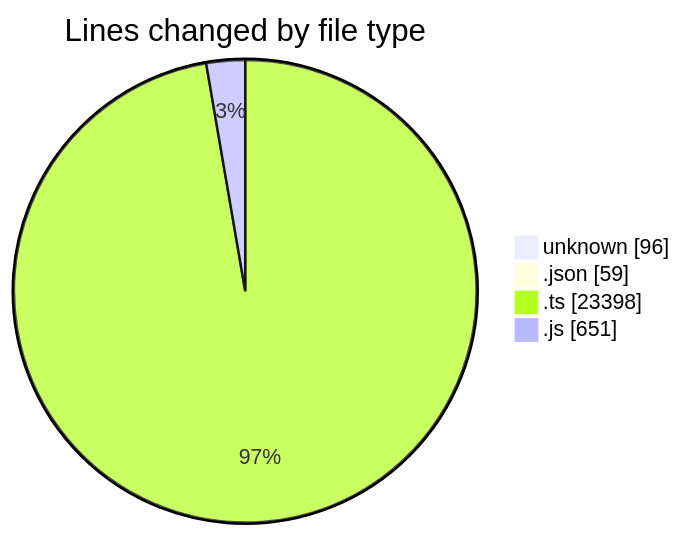
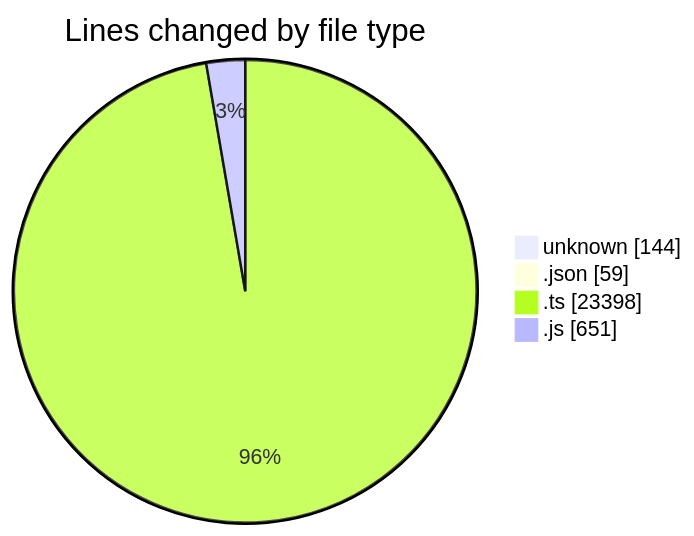
Before and after one commit to momahboobian/code-tracking: the first of 2 diagrams in 2025-11-13/cda/README.md, drawn with Mermaid. The commit also changed other lines of this file and 1 other file, not shown here.

````diff
--- a/2025-11-13/cda/README.md
+++ b/2025-11-13/cda/README.md
@@ -28,8 +28,8 @@
 ```mermaid
 pie showData
 title Lines changed by file type
-"unknown" : 96
+"unknown" : 144
 ".json" : 59
 ".ts" : 23398
 ".js" : 651
 ```
````
